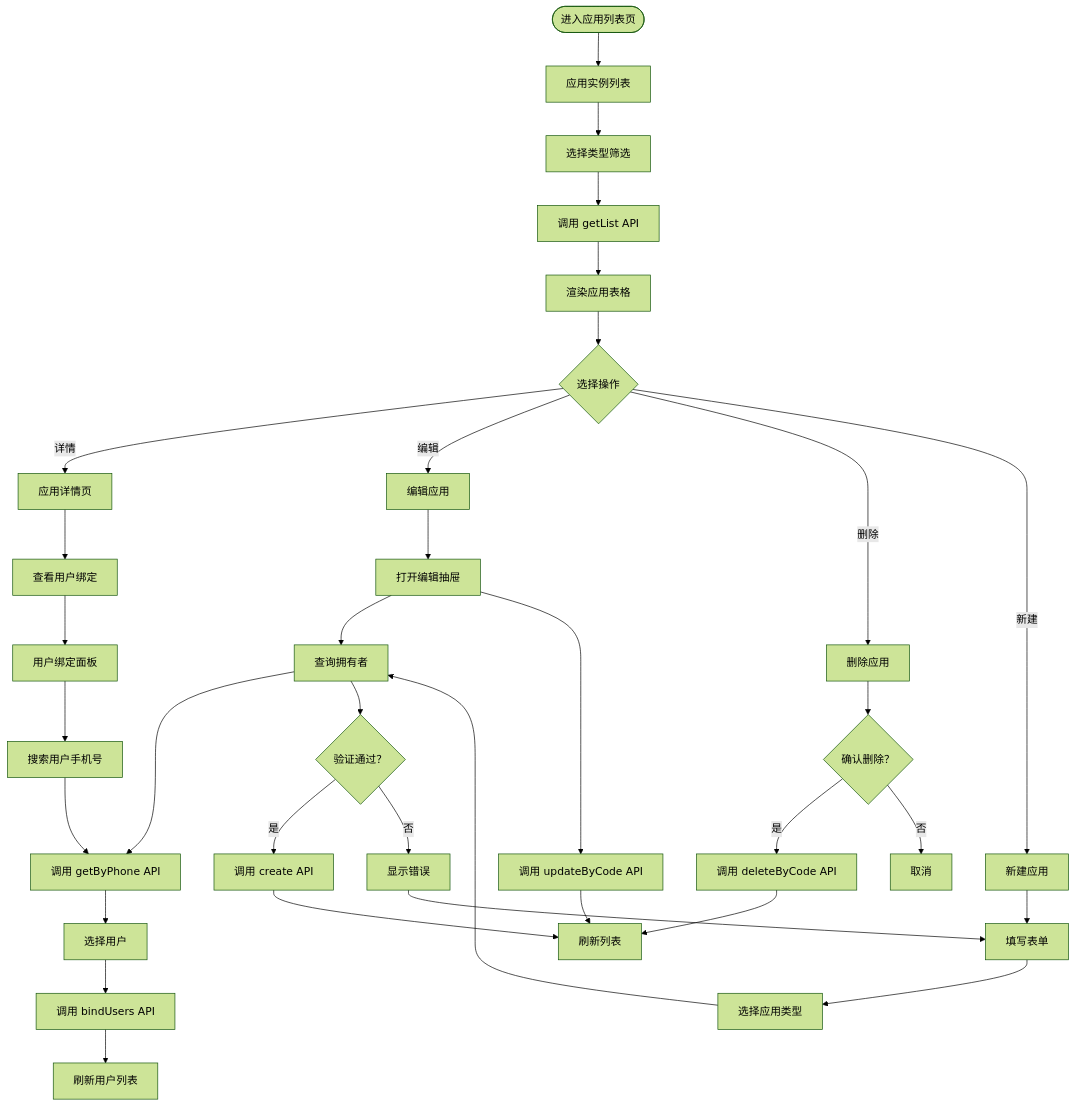
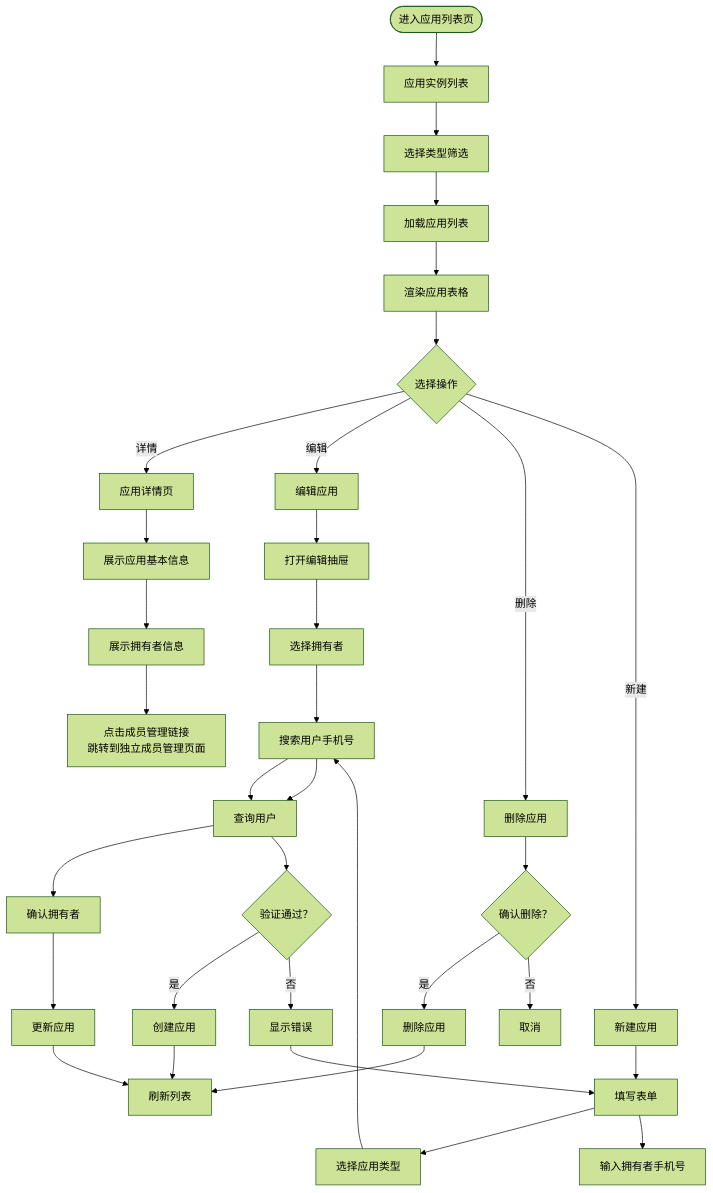
Before and after one commit to huyumo/moyan-mfw: the diagram in docs/app-management.md, drawn with Mermaid (forest theme). The commit also changed other lines of this file and 10 other files, not shown here.

````diff
--- a/docs/app-management.md
+++ b/docs/app-management.md
@@ -24,42 +22,42 @@
 ```mermaid
 flowchart TD
     Start([进入应用列表页]) --> AppList[应用实例列表]
 
     AppList --> Filter[选择类型筛选]
-    Filter --> LoadApps[调用 getList API]
+    Filter --> LoadApps[加载应用列表]
     LoadApps --> RenderApps[渲染应用表格]
 
     RenderApps --> Action{选择操作}
     Action -->|详情 | AppDetail[应用详情页]
     Action -->|编辑 | EditApp[编辑应用]
     Action -->|删除 | DeleteApp[删除应用]
     Action -->|新建 | CreateApp[新建应用]
 
-    AppDetail --> UserInfo[查看用户绑定]
-    UserInfo --> BindUserPanel[用户绑定面板]
-    BindUserPanel --> SearchUser[搜索用户手机号]
-    SearchUser --> GetUserAPI[调用 getByPhone API]
-    GetUserAPI --> SelectUser[选择用户]
-    SelectUser --> BindAPI[调用 bindUsers API]
-    BindAPI --> RefreshUsers[刷新用户列表]
+    AppDetail --> ShowInfo[展示应用基本信息]
+    ShowInfo --> ShowOwner[展示拥有者信息]
+    ShowOwner --> MemberLink[点击成员管理链接<br/>跳转到独立成员管理页面]
 
     EditApp --> EditDrawer[打开编辑抽屉]
-    EditDrawer --> LookupOwner[查询拥有者]
-    LookupOwner --> GetUserAPI
-    EditDrawer --> UpdateAPI[调用 updateByCode API]
-    UpdateAPI --> RefreshList[刷新列表]
+    EditDrawer --> SelectOwner[选择拥有者]
+    SelectOwner --> SearchUser[搜索用户手机号]
+    SearchUser --> GetUser[查询用户]
+    GetUser --> ConfirmOwner[确认拥有者]
+    ConfirmOwner --> UpdateApp[更新应用]
+    UpdateApp --> RefreshList[刷新列表]
 
     DeleteApp --> Confirm{确认删除？}
-    Confirm -->|是 | DeleteAPI[调用 deleteByCode API]
+    Confirm -->|是 | DeleteAppConfirm[删除应用]
     Confirm -->|否 | Cancel1[取消]
-    DeleteAPI --> RefreshList
+    DeleteAppConfirm --> RefreshList
 
     CreateApp --> CreateForm[填写表单]
     CreateForm --> SelectType[选择应用类型]
-    SelectType --> LookupOwner
-    LookupOwner --> Validate{验证通过？}
-    Validate -->|是 | CreateAPI[调用 create API]
+    CreateForm --> InputOwner[输入拥有者手机号]
+    SelectType --> SearchUser
+    SearchUser --> GetUser
+    GetUser --> Validate{验证通过？}
+    Validate -->|是 | CreateAppConfirm[创建应用]
     Validate -->|否 | ShowError[显示错误]
-    CreateAPI --> RefreshList
+    CreateAppConfirm --> RefreshList
     ShowError --> CreateForm
 ```
````
